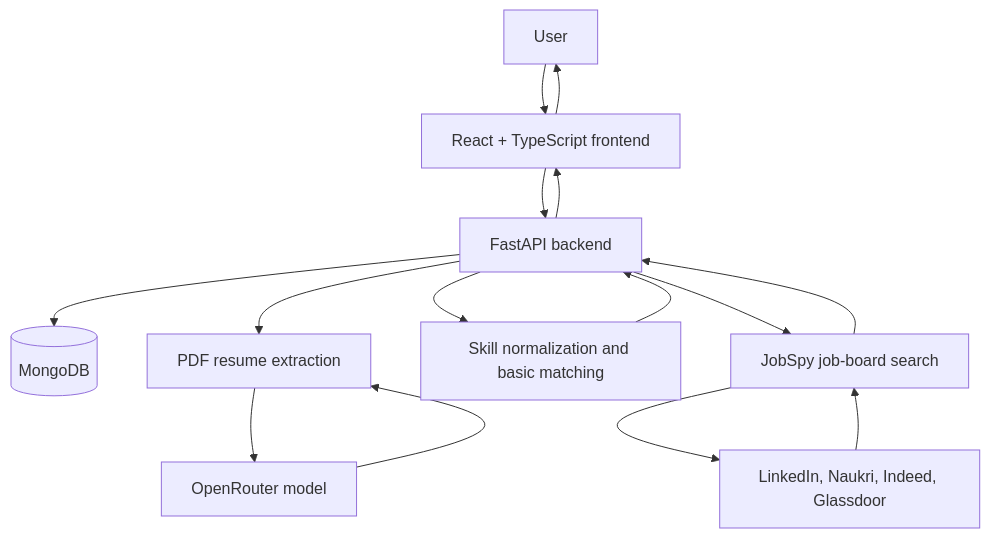
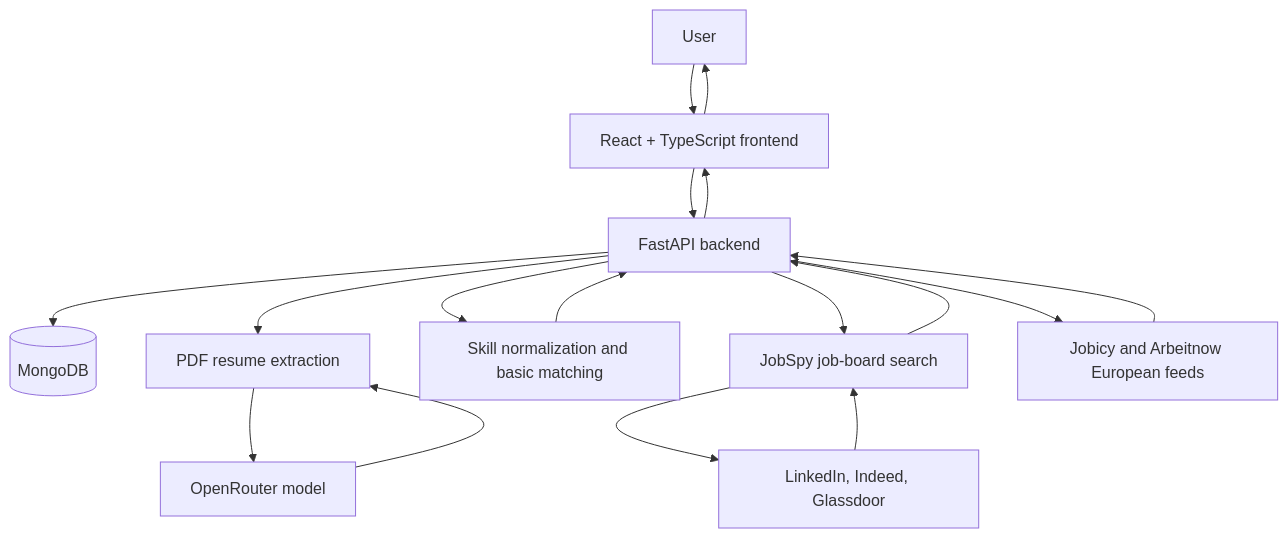
Before and after one commit to musahibpasha/careerpilot-ai: the diagram in README.md, drawn with Mermaid. The commit also changed other lines of this file and 19 other files, not shown here.

````diff
--- a/README.md
+++ b/README.md
@@ -142,17 +142,19 @@
 ```mermaid
 flowchart TD
     U[User] --> FE[React + TypeScript frontend]
     FE --> API[FastAPI backend]
     API --> DB[(MongoDB)]
     API --> RES[PDF resume extraction]
     RES --> AI[OpenRouter model]
     AI --> RES
     API --> MATCH[Skill normalization and basic matching]
     API --> JOBSPY[JobSpy job-board search]
-    JOBSPY --> BOARDS[LinkedIn, Naukri, Indeed, Glassdoor]
+    JOBSPY --> BOARDS[LinkedIn, Indeed, Glassdoor]
     BOARDS --> JOBSPY
     JOBSPY --> API
+    API --> FEEDS[Jobicy and Arbeitnow European feeds]
+    FEEDS --> API
     MATCH --> API
     API --> FE
     FE --> U
 ```
````
